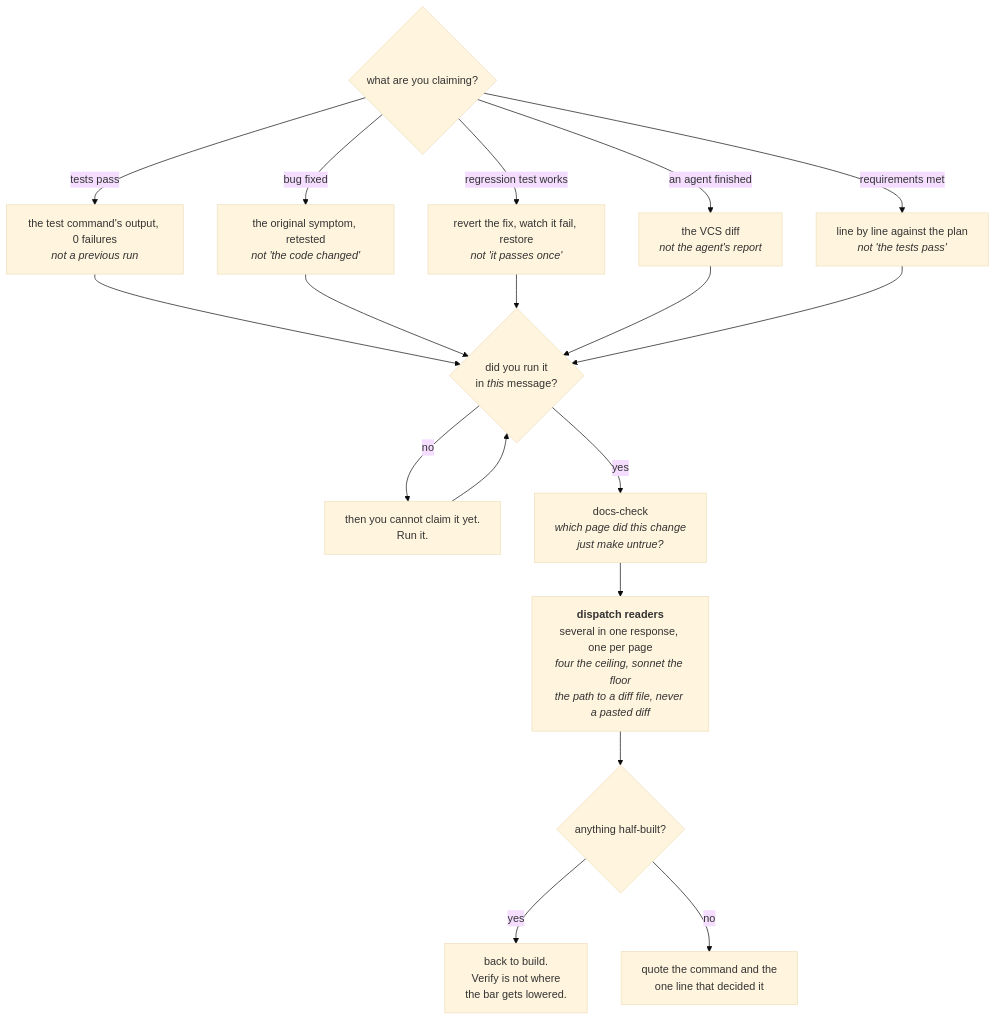
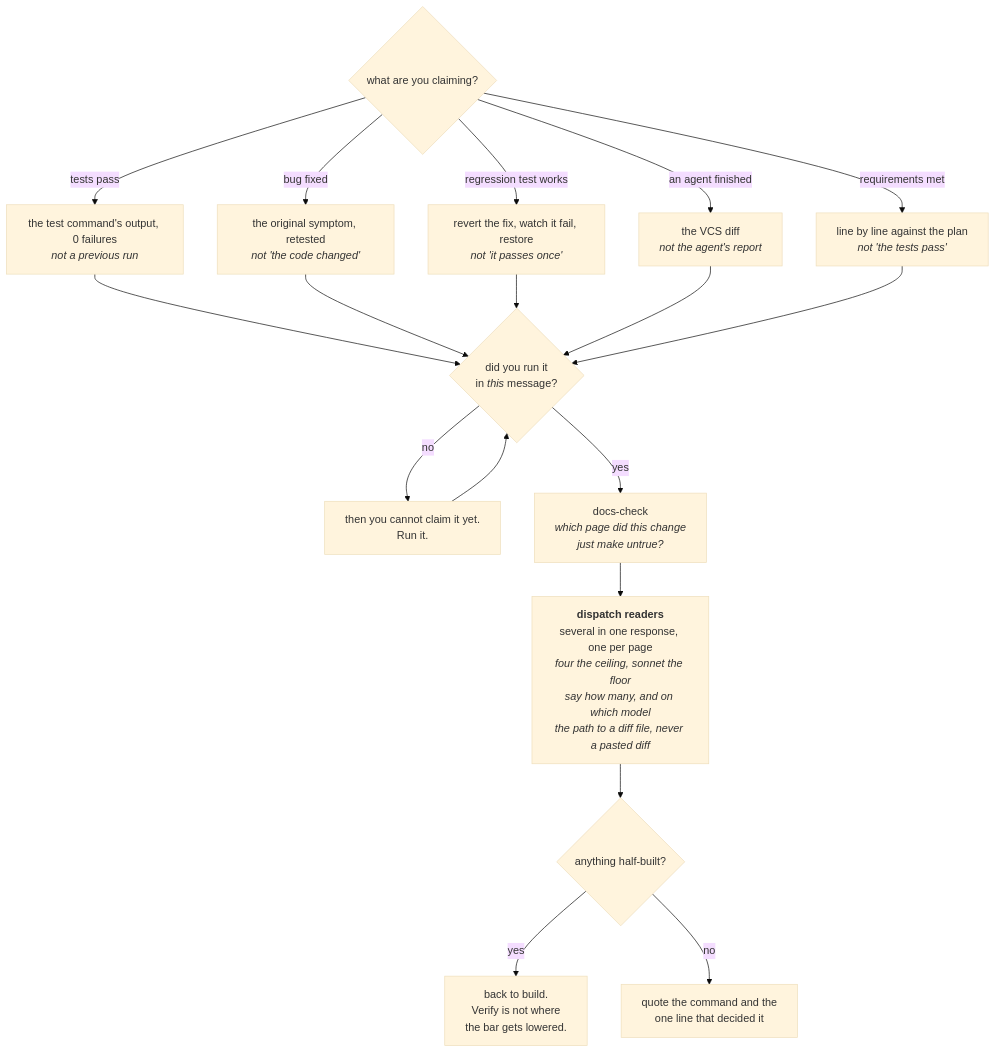
One commit to FanFantom9452/FanKeel changed the sixth of 8 diagrams in docs/pipeline.md. Above: the diagram before and after it, drawn with Mermaid (base theme). The commit also changed other lines of this file and 13 other files, not shown here.

````diff
--- a/docs/pipeline.md
+++ b/docs/pipeline.md
@@ -479,34 +486,34 @@
 ```mermaid
 flowchart TD
     A{"what are you claiming?"}
     A1["the test command's output, 0 failures<br/><i>not a previous run</i>"]
     A2["the original symptom, retested<br/><i>not 'the code changed'</i>"]
     A3["revert the fix, watch it fail, restore<br/><i>not 'it passes once'</i>"]
     A4["the VCS diff<br/><i>not the agent's report</i>"]
     A5["line by line against the plan<br/><i>not 'the tests pass'</i>"]
     B{"did you run it<br/>in <i>this</i> message?"}
     C["then you cannot claim it yet.<br/>Run it."]
     D["docs-check<br/><i>which page did this change<br/>just make untrue?</i>"]
-    D1["<b>dispatch readers</b><br/>several in one response, one per page<br/><i>four the ceiling, sonnet the floor</i><br/><i>the path to a diff file, never a pasted diff</i>"]
+    D1["<b>dispatch readers</b><br/>several in one response, one per page<br/><i>four the ceiling, sonnet the floor</i><br/><i>say how many, and on which model</i><br/><i>the path to a diff file, never a pasted diff</i>"]
     E{"anything half-built?"}
     F["back to build.<br/>Verify is not where<br/>the bar gets lowered."]
     G["quote the command and the<br/>one line that decided it"]
 
     A -- "tests pass" --> A1
     A -- "bug fixed" --> A2
     A -- "regression test works" --> A3
     A -- "an agent finished" --> A4
     A -- "requirements met" --> A5
     A1 --> B
     A2 --> B
     A3 --> B
     A4 --> B
     A5 --> B
     B -- no --> C
     C --> B
     B -- yes --> D
     D --> D1
     D1 --> E
     E -- yes --> F
     E -- no --> G
 ```
````
